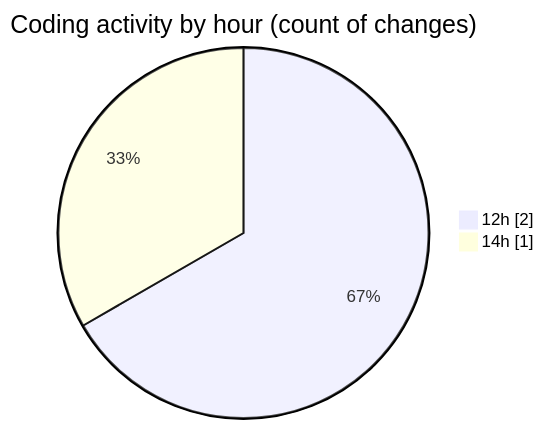
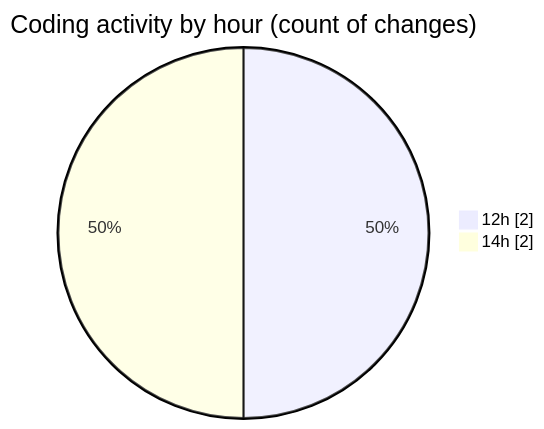
The second of 2 diagrams in 2026-07-22/untitled__workspace_/README.md (debugP/code-tracking), drawn with Mermaid before and after one commit. The commit also changed other lines of this file and 1 other file, not shown here.

````diff
--- a/2026-07-22/untitled__workspace_/README.md
+++ b/2026-07-22/untitled__workspace_/README.md
@@ -31,6 +31,6 @@
 ```mermaid
 pie showData
 title Coding activity by hour (count of changes)
 "12h" : 2
-"14h" : 1
+"14h" : 2
 ```
````
